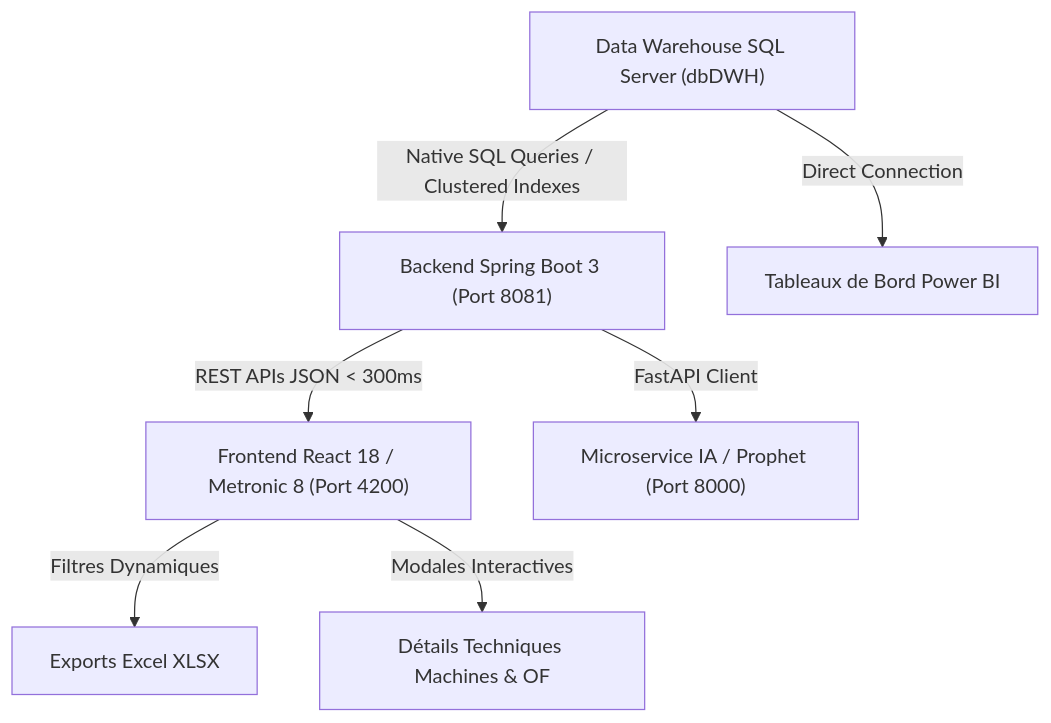
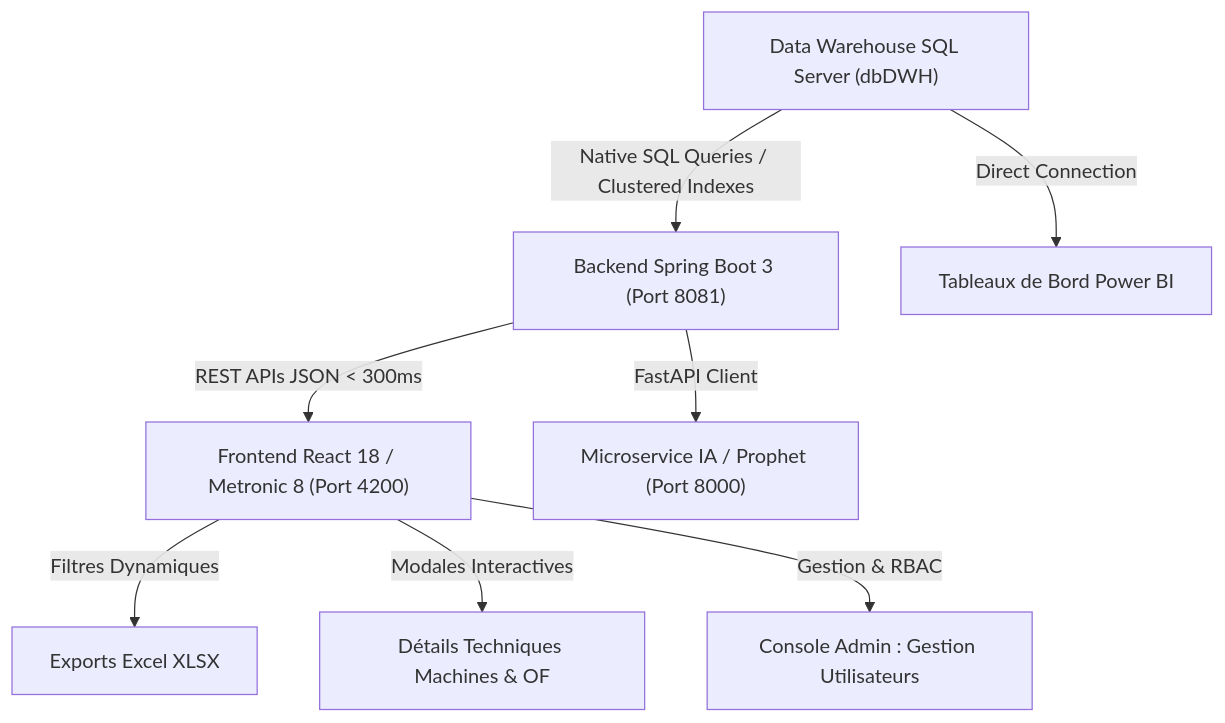
One commit to ayoubmek/PFE_data_science changed the second of 2 diagrams in Rapport_PFE_Imen.md. Above: the diagram before and after it, drawn with Mermaid. The commit also changed other lines of this file and 34 other files, not shown here.

Commit message:
feat: user management page & RBAC admin, report updates & production volume link

````diff
--- a/Rapport_PFE_Imen.md
+++ b/Rapport_PFE_Imen.md
@@ -129,9 +156,10 @@
 ```mermaid
 graph TD
     DWH["Data Warehouse SQL Server (dbDWH)"] -->|Native SQL Queries / Clustered Indexes| BACK["Backend Spring Boot 3 (Port 8081)"]
     DWH -->|Direct Connection| PBI["Tableaux de Bord Power BI"]
     BACK -->|REST APIs JSON < 300ms| FRONT["Frontend React 18 / Metronic 8 (Port 4200)"]
     BACK -->|FastAPI Client| ML["Microservice IA / Prophet (Port 8000)"]
     FRONT -->|Filtres Dynamiques| EXCEL["Exports Excel XLSX"]
     FRONT -->|Modales Interactives| DETAILS["Détails Techniques Machines & OF"]
+    FRONT -->|Gestion & RBAC| ADMIN["Console Admin : Gestion Utilisateurs"]
 ```
````
